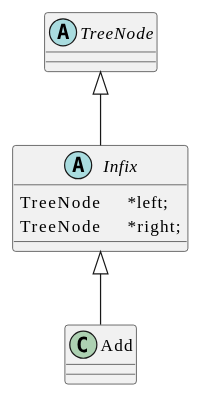
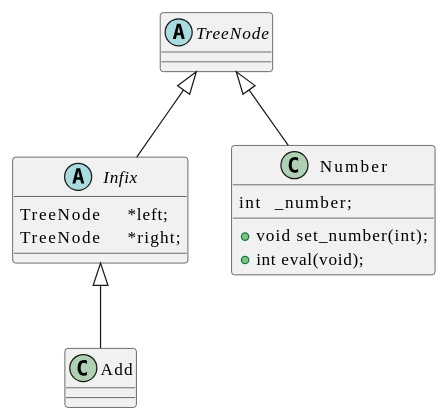
One commit to t-h2o/parsmath changed diagram 12 of 12 in assets/README.adoc. Above: the diagram before and after it, drawn with PlantUML. The commit also changed 6 other files, not shown here.

```diff
--- a/assets/README.adoc
+++ b/assets/README.adoc
@@ -168,17 +168,23 @@
 [plantuml, target=program_class, format=svg, width=100%]
 ....
 @startuml
 skinparam defaultFontName JetBrains Mono
 
 abstract TreeNode
 abstract Infix {
   TreeNode	*left;
   TreeNode	*right;
 }
 class Add
+class Number {
+  int	_number;
+  +void set_number(int);
+  +int eval(void);
+}
 
 TreeNode <|-- Infix
+TreeNode <|-- Number
 Infix <|-- Add
 
 @enduml
 ....
```
